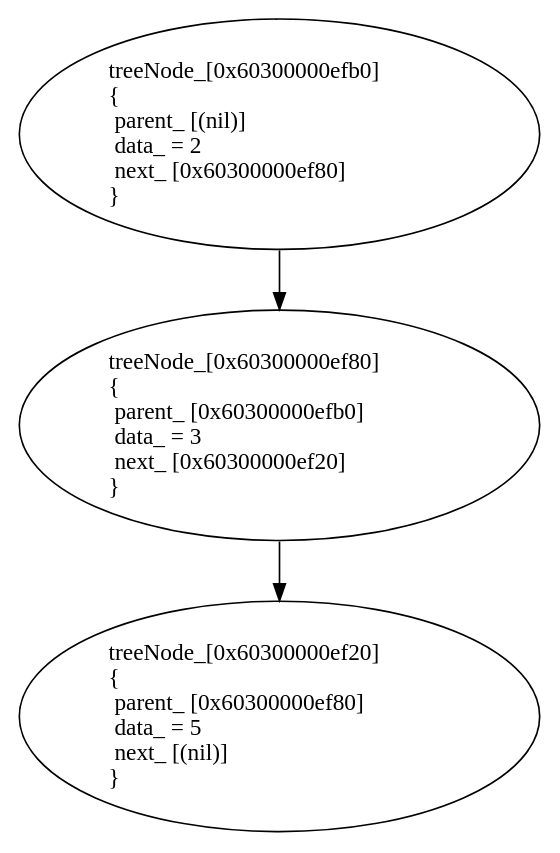
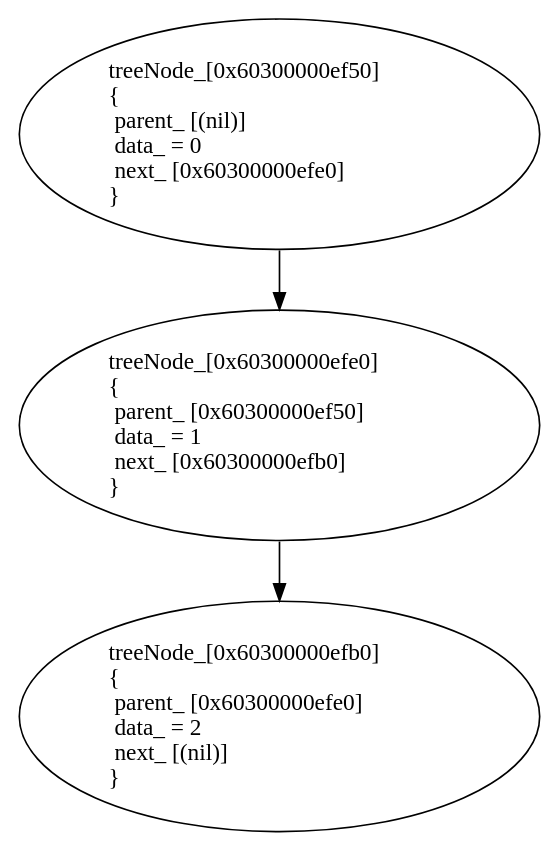
One commit to inedostoev/Ilab-Technotrack changed the diagram in Technotrack/List/dumpFile.gv. Above: the diagram before and after it, drawn with Graphviz. The commit also changed 5 other files, not shown here.

```diff
--- a/Technotrack/List/dumpFile.gv
+++ b/Technotrack/List/dumpFile.gv
@@ -1,7 +1,7 @@
 digraph graf {
-treeNode_0x60300000efb0 [label="treeNode_[0x60300000efb0]\l{\l  parent_ [(nil)]\l  data_ = 2\l  next_ [0x60300000ef80]\l}\l"]
-treeNode_0x60300000efb0->treeNode_0x60300000ef80
-treeNode_0x60300000ef80 [label="treeNode_[0x60300000ef80]\l{\l  parent_ [0x60300000efb0]\l  data_ = 3\l  next_ [0x60300000ef20]\l}\l"]
-treeNode_0x60300000ef80->treeNode_0x60300000ef20
-treeNode_0x60300000ef20 [label="treeNode_[0x60300000ef20]\l{\l  parent_ [0x60300000ef80]\l  data_ = 5\l  next_ [(nil)]\l}\l"]
+treeNode_0x60300000ef50 [label="treeNode_[0x60300000ef50]\l{\l  parent_ [(nil)]\l  data_ = 0\l  next_ [0x60300000efe0]\l}\l"]
+treeNode_0x60300000ef50->treeNode_0x60300000efe0
+treeNode_0x60300000efe0 [label="treeNode_[0x60300000efe0]\l{\l  parent_ [0x60300000ef50]\l  data_ = 1\l  next_ [0x60300000efb0]\l}\l"]
+treeNode_0x60300000efe0->treeNode_0x60300000efb0
+treeNode_0x60300000efb0 [label="treeNode_[0x60300000efb0]\l{\l  parent_ [0x60300000efe0]\l  data_ = 2\l  next_ [(nil)]\l}\l"]
 }
```
